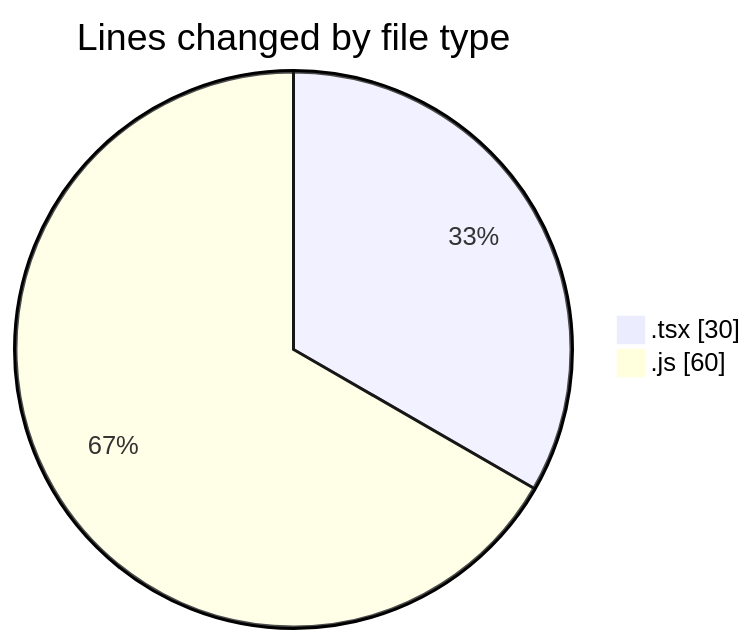
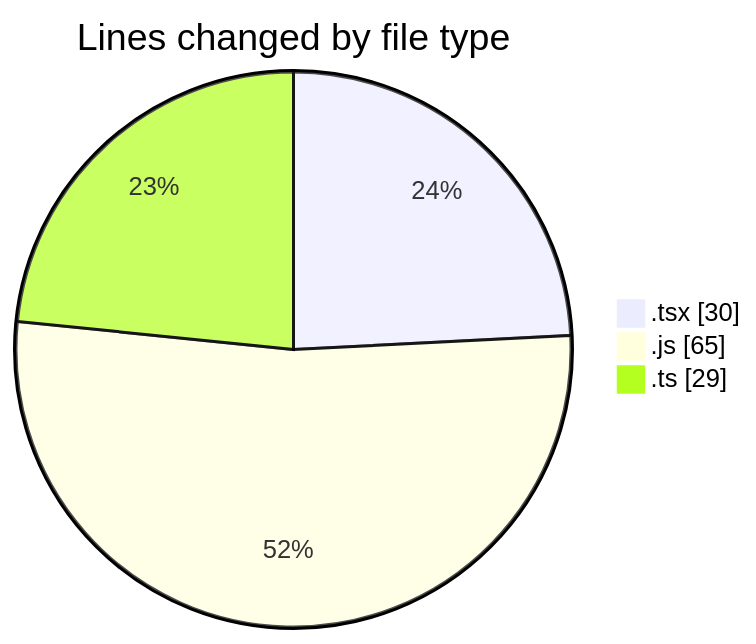
One commit to momahboobian/code-tracking changed the first of 2 diagrams in 2026-04-17/cda/README.md. Above: the diagram before and after it, drawn with Mermaid. The commit also changed other lines of this file and 1 other file, not shown here.

````diff
--- a/2026-04-17/cda/README.md
+++ b/2026-04-17/cda/README.md
@@ -23,6 +27,7 @@
 ```mermaid
 pie showData
 title Lines changed by file type
 ".tsx" : 30
-".js" : 60
+".js" : 65
+".ts" : 29
 ```
````
